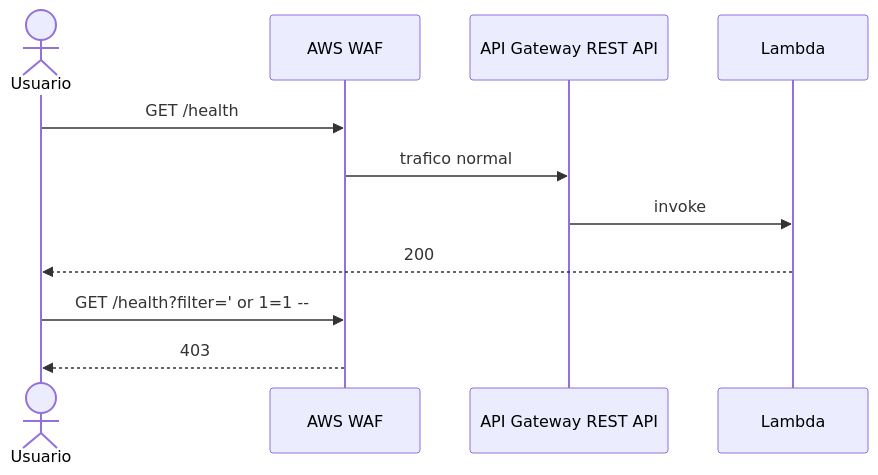
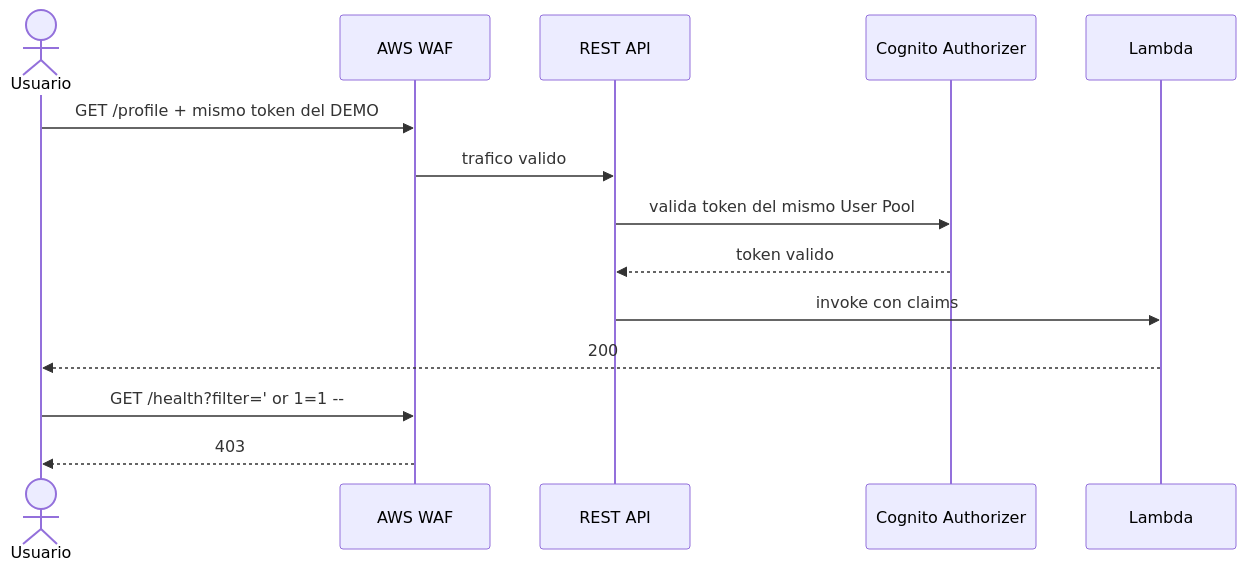
One commit to vladimiracunadev-create/proyectos-aws changed the third of 3 diagrams in caso-f-security-cognito/docs/architecture.md. Above: the diagram before and after it, drawn with Mermaid. The commit also changed other lines of this file and 8 other files, not shown here.

Commit message:
fix(caso-f): align demo and linked waf flow

````diff
--- a/caso-f-security-cognito/docs/architecture.md
+++ b/caso-f-security-cognito/docs/architecture.md
@@ -63,15 +69,18 @@
 ```mermaid
 sequenceDiagram
     actor U as Usuario
-    participant W as AWS WAF
-    participant APIGW as API Gateway REST API
+    participant WAF as AWS WAF
+    participant REST as REST API
+    participant C as Cognito Authorizer
     participant L as Lambda
 
-    U->>W: GET /health
-    W->>APIGW: trafico normal
-    APIGW->>L: invoke
+    U->>WAF: GET /profile + mismo token del DEMO
+    WAF->>REST: trafico valido
+    REST->>C: valida token del mismo User Pool
+    C-->>REST: token valido
+    REST->>L: invoke con claims
     L-->>U: 200
 
-    U->>W: GET /health?filter=' or 1=1 --
-    W-->>U: 403
+    U->>WAF: GET /health?filter=' or 1=1 --
+    WAF-->>U: 403
 ```
````
